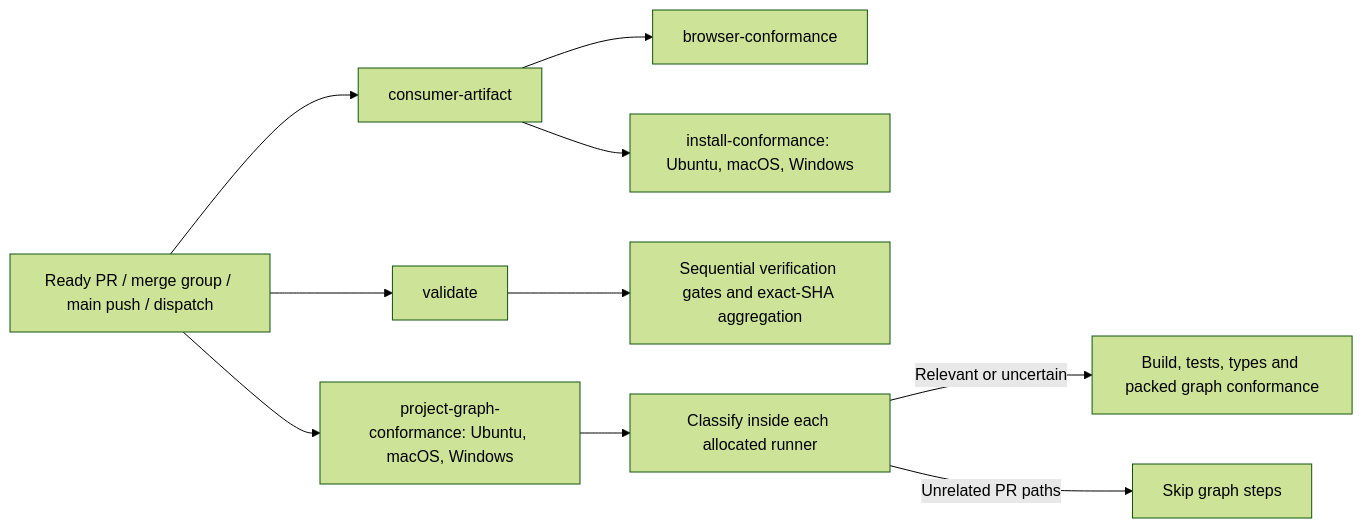
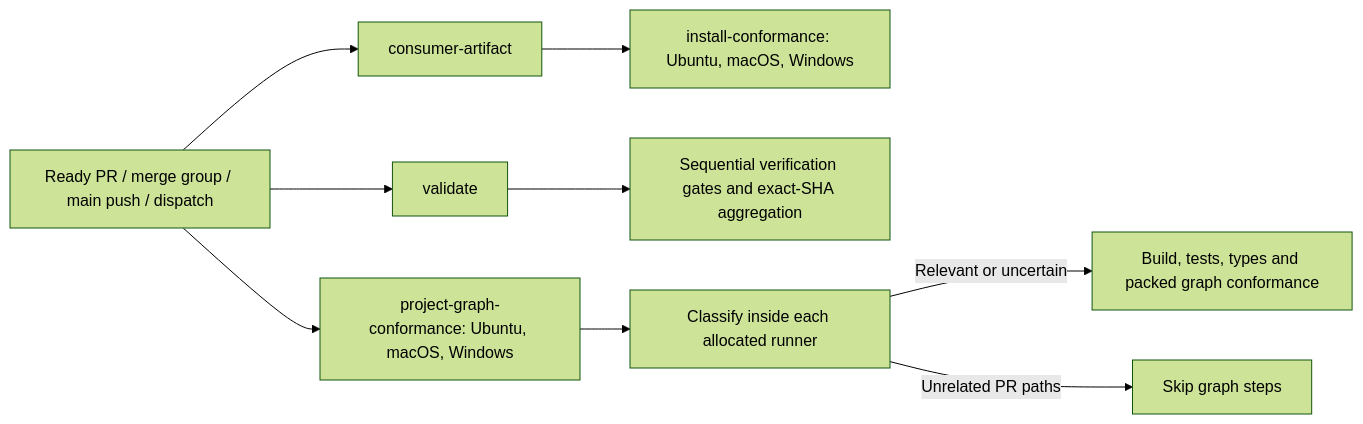
The second of 4 diagrams in docs/CI-CHAIN.md (voidcorp-core/void-machine), drawn with Mermaid (forest theme) before and after one commit. The commit also changed other lines of this file and 39 other files, not shown here.

````diff
--- a/docs/CI-CHAIN.md
+++ b/docs/CI-CHAIN.md
@@ -66,12 +66,11 @@
 ```mermaid
 flowchart LR
   Event[Ready PR / merge group / main push / dispatch] --> Validate[validate]
   Event --> Artifact[consumer-artifact]
   Event --> Graph[project-graph-conformance: Ubuntu, macOS, Windows]
-  Artifact --> Browser[browser-conformance]
   Artifact --> Install[install-conformance: Ubuntu, macOS, Windows]
   Validate --> Gates[Sequential verification gates and exact-SHA aggregation]
   Graph --> Classify[Classify inside each allocated runner]
   Classify -->|Relevant or uncertain| GraphProof[Build, tests, types and packed graph conformance]
   Classify -->|Unrelated PR paths| GraphSkip[Skip graph steps]
 ```
````
